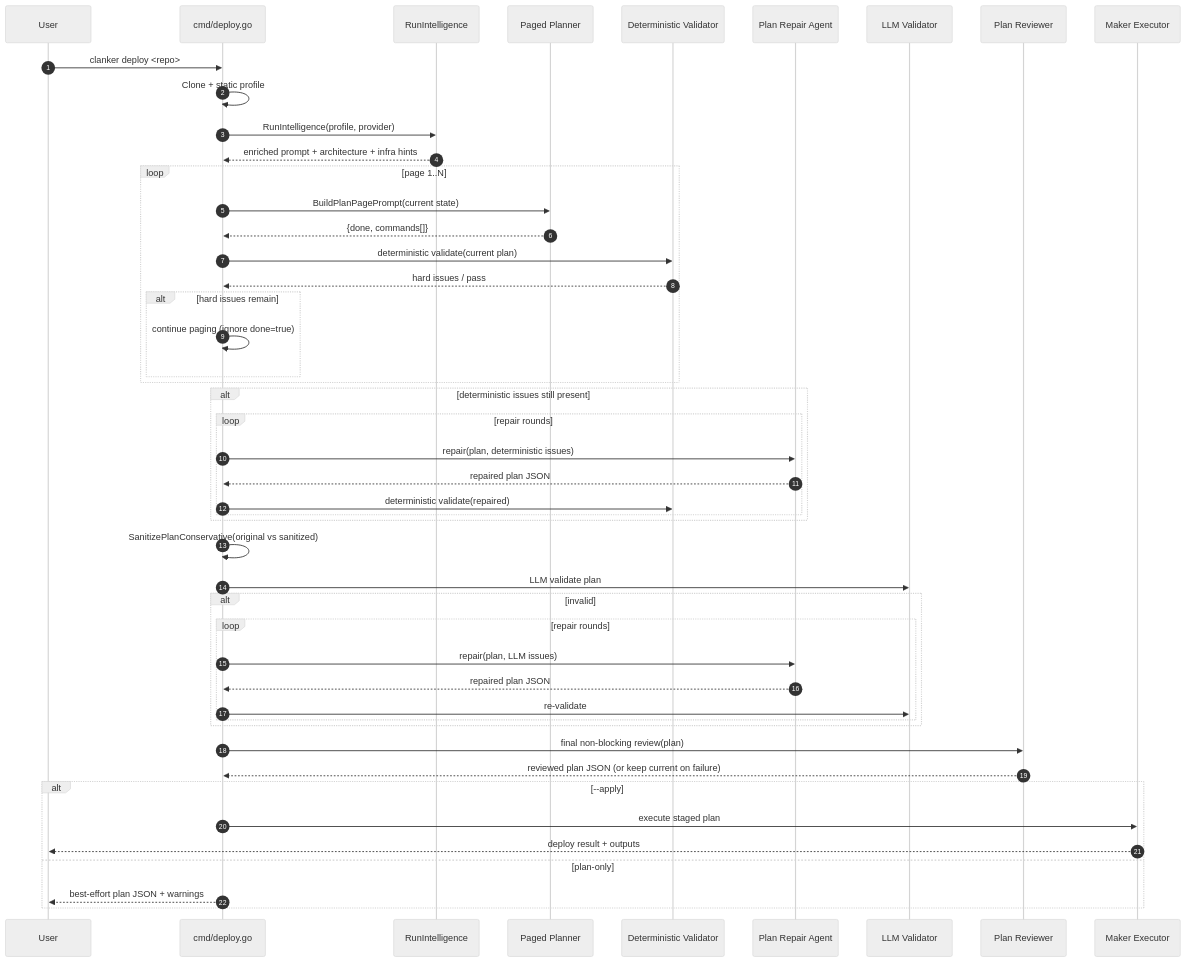
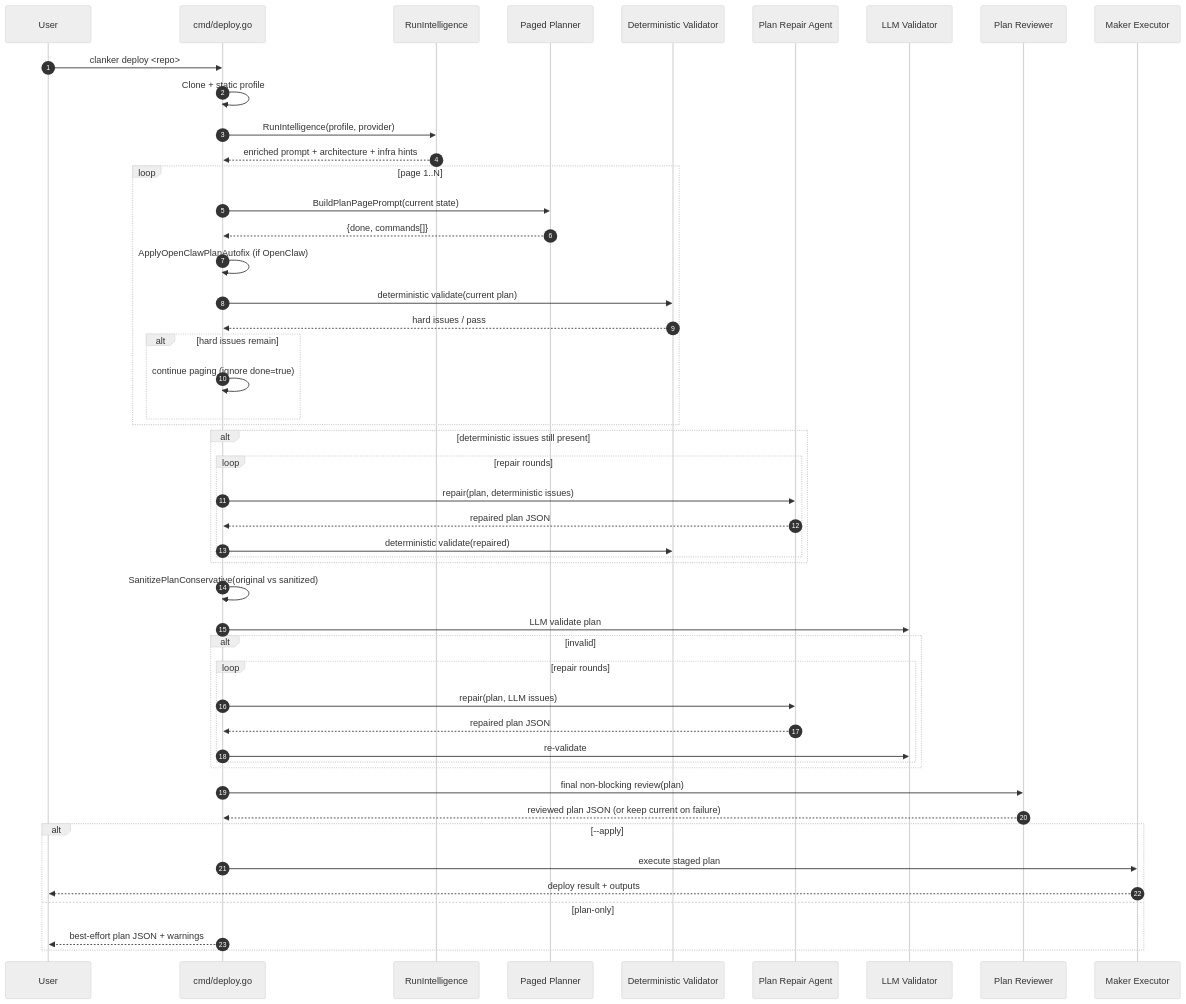
Before and after one commit to bgdnvk/clanker: the diagram in internal/deploy/README.md, drawn with Mermaid (neutral theme). The commit also changed 2 other files, not shown here.

Commit message:
fix: proper plan output

````diff
--- a/internal/deploy/README.md
+++ b/internal/deploy/README.md
@@ -99,57 +99,58 @@
 ```mermaid
 sequenceDiagram
     autonumber
     participant U as User
     participant C as cmd/deploy.go
     participant I as RunIntelligence
     participant P as Paged Planner
     participant D as Deterministic Validator
     participant R as Plan Repair Agent
     participant V as LLM Validator
     participant W as Plan Reviewer
     participant E as Maker Executor
 
     U->>C: clanker deploy <repo>
     C->>C: Clone + static profile
     C->>I: RunIntelligence(profile, provider)
     I-->>C: enriched prompt + architecture + infra hints
 
     loop page 1..N
       C->>P: BuildPlanPagePrompt(current state)
       P-->>C: {done, commands[]}
+      C->>C: ApplyOpenClawPlanAutofix (if OpenClaw)
       C->>D: deterministic validate(current plan)
       D-->>C: hard issues / pass
       alt hard issues remain
         C->>C: continue paging (ignore done=true)
       end
     end
 
     alt deterministic issues still present
       loop repair rounds
         C->>R: repair(plan, deterministic issues)
         R-->>C: repaired plan JSON
         C->>D: deterministic validate(repaired)
       end
     end
 
     C->>C: SanitizePlanConservative(original vs sanitized)
 
     C->>V: LLM validate plan
     alt invalid
       loop repair rounds
         C->>R: repair(plan, LLM issues)
         R-->>C: repaired plan JSON
         C->>V: re-validate
       end
     end
 
     C->>W: final non-blocking review(plan)
     W-->>C: reviewed plan JSON (or keep current on failure)
 
     alt --apply
       C->>E: execute staged plan
       E-->>U: deploy result + outputs
     else plan-only
       C-->>U: best-effort plan JSON + warnings
     end
 ```
````
